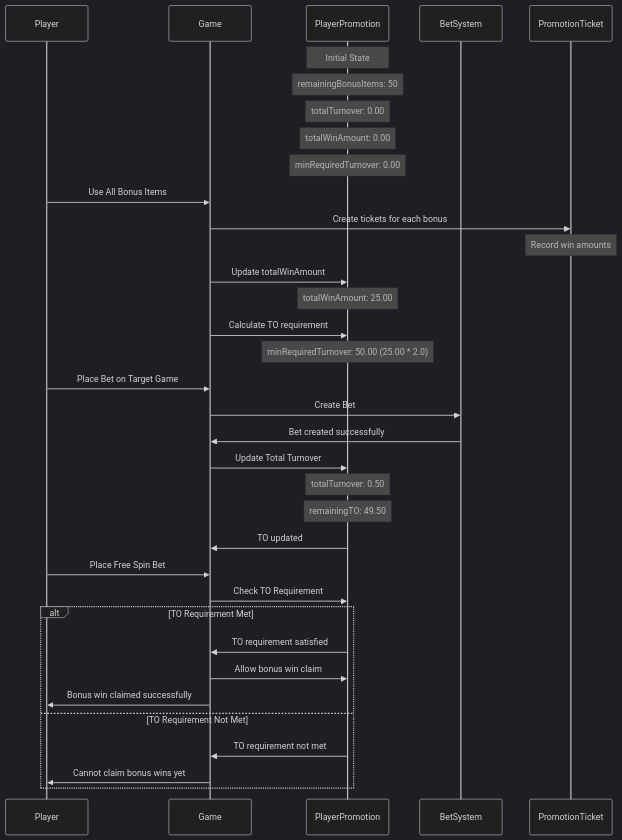
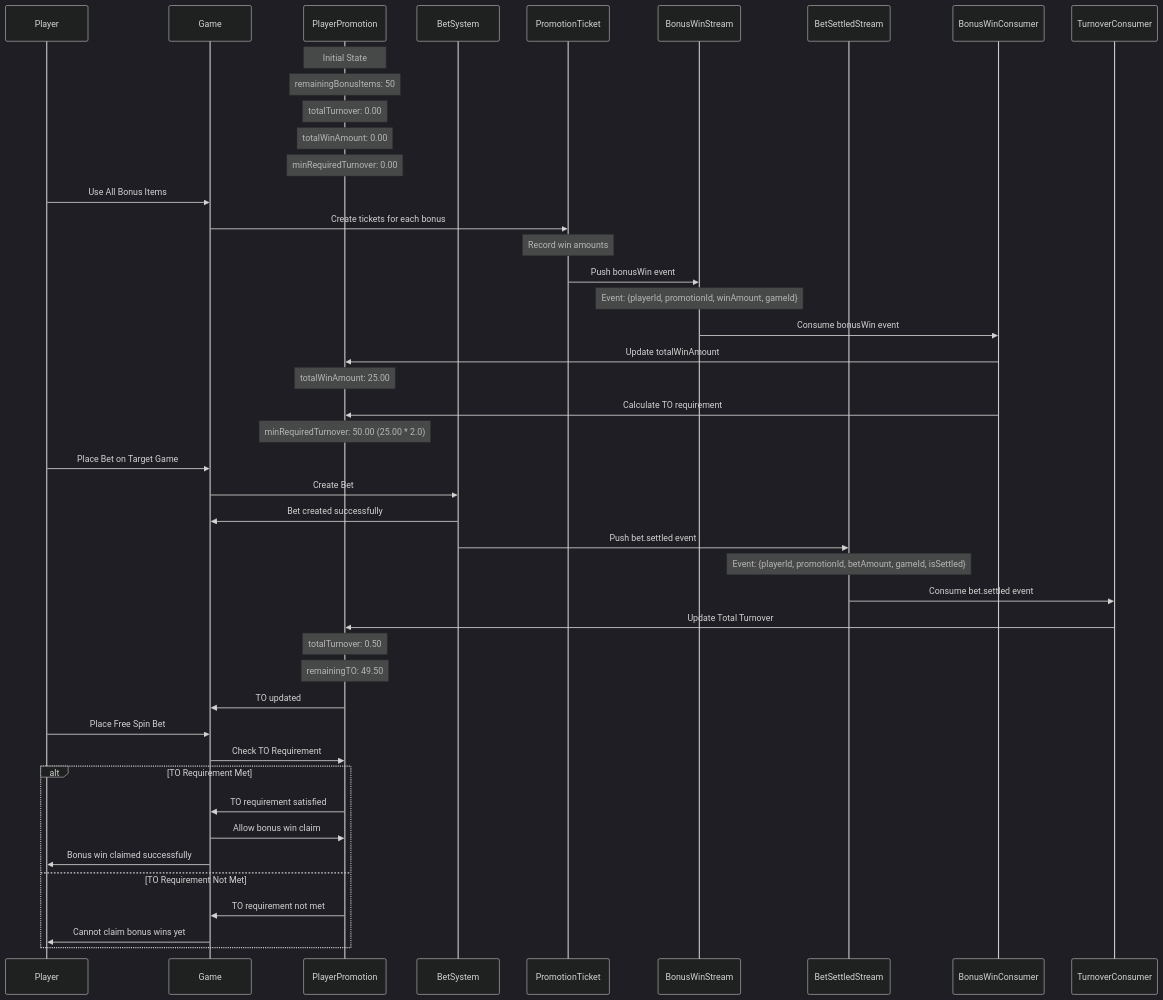
Before and after one commit to starixvn/l1_backend-services_game-promotion-api: the second of 4 diagrams in diagrams/data-models/PromotionConfiguration.md, drawn with Mermaid (dark theme). The commit also changed other lines of this file and 2 other files, not shown here.

Commit message:
doc: add stream event integration

````diff
--- a/diagrams/data-models/PromotionConfiguration.md
+++ b/diagrams/data-models/PromotionConfiguration.md
@@ -182,42 +182,54 @@
 ```mermaid
 sequenceDiagram
     participant Player
     participant Game
     participant PP as PlayerPromotion
     participant B as BetSystem
     participant PT as PromotionTicket
+    participant BonusWinStream
+    participant BetSettledStream
+    participant BonusWinConsumer
+    participant TurnoverConsumer
 
     Note over PP: Initial State
     Note over PP: remainingBonusItems: 50
     Note over PP: totalTurnover: 0.00
     Note over PP: totalWinAmount: 0.00
     Note over PP: minRequiredTurnover: 0.00
 
     Player->>Game: Use All Bonus Items
     Game->>PT: Create tickets for each bonus
     Note over PT: Record win amounts
-    Game->>PP: Update totalWinAmount
+    PT->>BonusWinStream: Push bonusWin event
+    Note over BonusWinStream: Event: {playerId, promotionId, winAmount, gameId}
+
+    BonusWinStream->>BonusWinConsumer: Consume bonusWin event
+    BonusWinConsumer->>PP: Update totalWinAmount
     Note over PP: totalWinAmount: 25.00
-    Game->>PP: Calculate TO requirement
+    BonusWinConsumer->>PP: Calculate TO requirement
     Note over PP: minRequiredTurnover: 50.00 (25.00 * 2.0)
 
     Player->>Game: Place Bet on Target Game
     Game->>B: Create Bet
     B->>Game: Bet created successfully
 
-    Game->>PP: Update Total Turnover
+    B->>BetSettledStream: Push bet.settled event
+    Note over BetSettledStream: Event: {playerId, promotionId, betAmount, gameId, isSettled}
+
+    BetSettledStream->>TurnoverConsumer: Consume bet.settled event
+    TurnoverConsumer->>PP: Update Total Turnover
     Note over PP: totalTurnover: 0.50
     Note over PP: remainingTO: 49.50
     PP->>Game: TO updated
 
     Player->>Game: Place Free Spin Bet
     Game->>PP: Check TO Requirement
     alt TO Requirement Met
         PP->>Game: TO requirement satisfied
         Game->>PP: Allow bonus win claim
         Game->>Player: Bonus win claimed successfully
     else TO Requirement Not Met
         PP->>Game: TO requirement not met
         Game->>Player: Cannot claim bonus wins yet
     end
 ```
````
